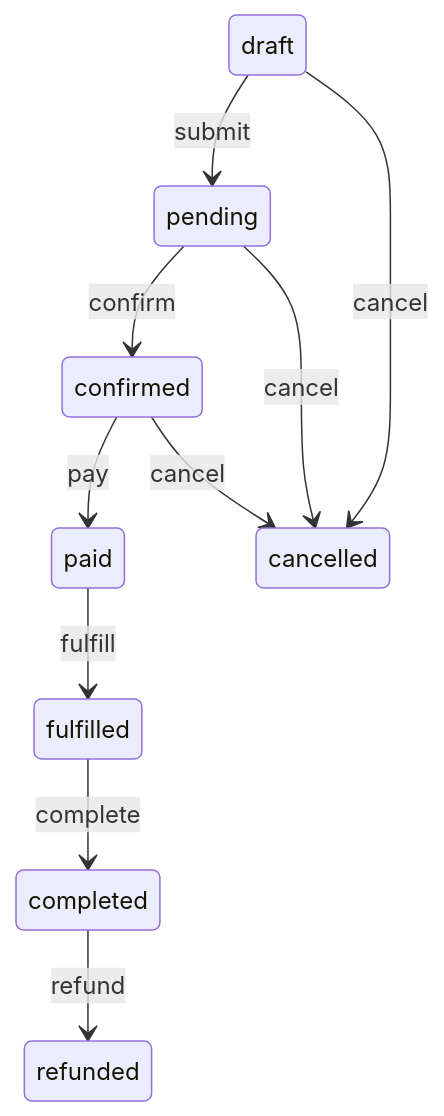
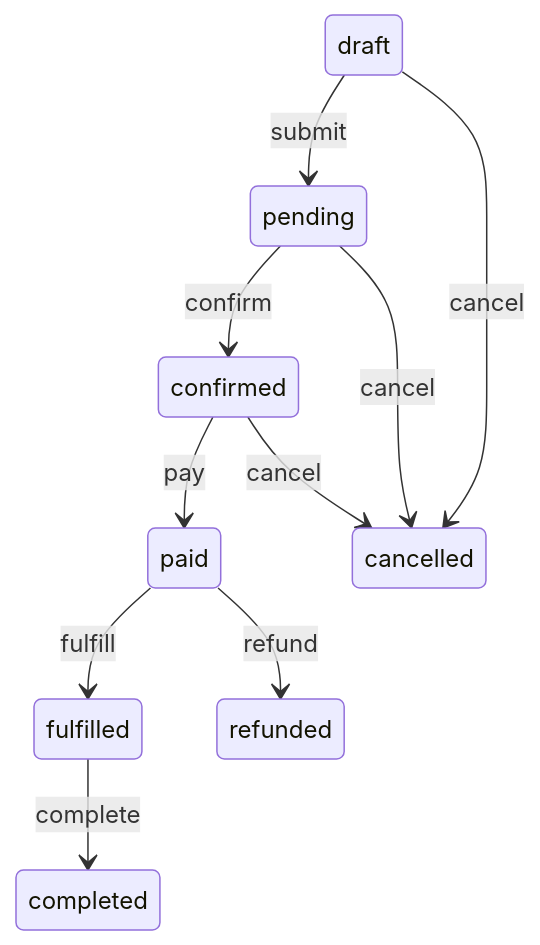
The first of 2 diagrams in docs/openapi/order-payment-flow.md (dream-studio-china/edc-online-membership), drawn with Mermaid before and after one commit. The commit also changed other lines of this file and 13 other files, not shown here.

````diff
--- a/docs/openapi/order-payment-flow.md
+++ b/docs/openapi/order-payment-flow.md
@@ -38,12 +38,12 @@
 ```mermaid
 stateDiagram-v2
     draft --> pending: submit
     pending --> confirmed: confirm
     confirmed --> paid: pay
     paid --> fulfilled: fulfill
     fulfilled --> completed: complete
-    completed --> refunded: refund
+    paid --> refunded: refund
     draft --> cancelled: cancel
     pending --> cancelled: cancel
     confirmed --> cancelled: cancel
 ```
````
